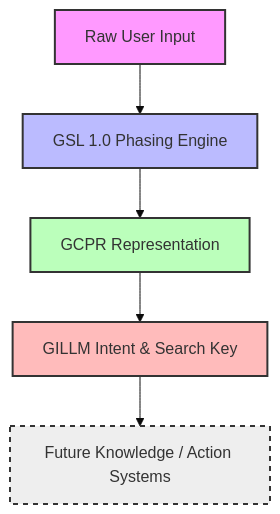
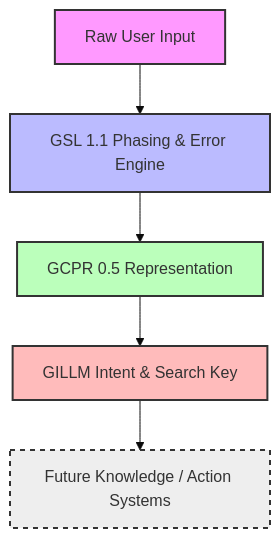
One commit to sailoht/GILLM-Genius-Intelligence-Language-Learning-Model- changed the first of 3 diagrams in README.md. Above: the diagram before and after it, drawn with Mermaid (base theme). The commit also changed other lines of this file and 25 other files, not shown here.

First line of the commit message:
Implement GSL 1.1 and GCPR 0.5 under GILLM 0.5.0

````diff
--- a/README.md
+++ b/README.md
@@ -11,12 +14,12 @@
 ```mermaid
 graph TD
-    A[Raw User Input] --> B[GSL 1.0 Phasing Engine]
-    B --> C[GCPR Representation]
+    A[Raw User Input] --> B[GSL 1.1 Phasing & Error Engine]
+    B --> C[GCPR 0.5 Representation]
     C --> D[GILLM Intent & Search Key]
     D --> E[Future Knowledge / Action Systems]
     style A fill:#f9f,stroke:#333,stroke-width:2px
     style B fill:#bbf,stroke:#333,stroke-width:2px
     style C fill:#bfb,stroke:#333,stroke-width:2px
     style D fill:#fbb,stroke:#333,stroke-width:2px
     style E fill:#eee,stroke:#333,stroke-width:2px,stroke-dasharray: 5 5
 ```
````
